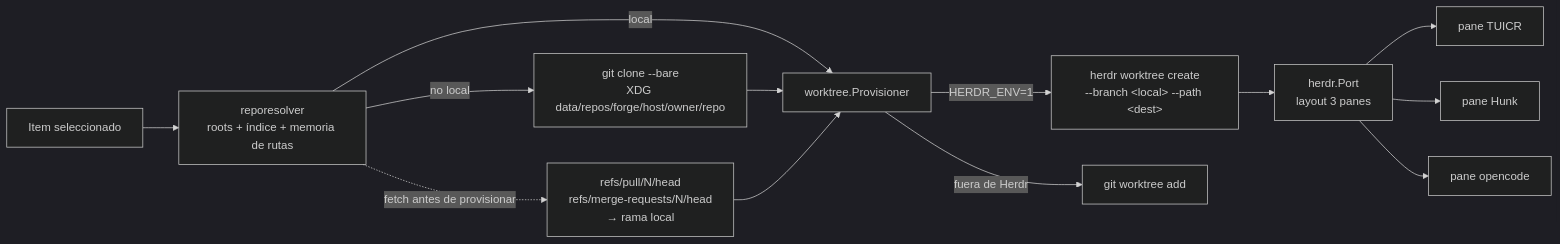
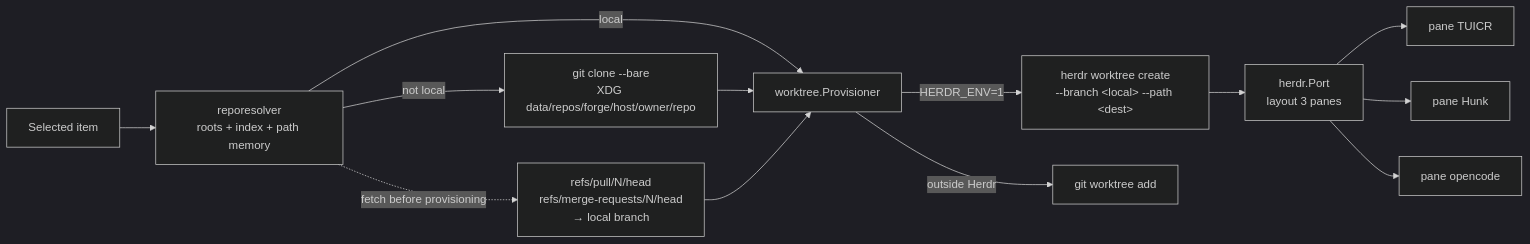
One commit to Sovengar/prdash changed the second of 2 diagrams in docs/planning/archive/0001-mvp/diagrams/data-flow.md. Above: the diagram before and after it, drawn with Mermaid (dark theme). The commit also changed other lines of this file and 331 other files, not shown here.

````diff
--- a/docs/planning/archive/0001-mvp/diagrams/data-flow.md
+++ b/docs/planning/archive/0001-mvp/diagrams/data-flow.md
@@ -43,16 +44,16 @@
 ```mermaid
 flowchart LR
-    IT["Item seleccionado"] --> RR["reporesolver<br/>roots + índice + memoria de rutas"]
-    RR -->|no local| BARE["git clone --bare<br/>XDG data/repos/forge/host/owner/repo"]
+    IT["Selected item"] --> RR["reporesolver<br/>roots + index + path memory"]
+    RR -->|not local| BARE["git clone --bare<br/>XDG data/repos/forge/host/owner/repo"]
     RR -->|local| WT
     BARE --> WT["worktree.Provisioner"]
     WT -->|"HERDR_ENV=1"| HN["herdr worktree create<br/>--branch &lt;local&gt; --path &lt;dest&gt;"]
-    WT -->|fuera de Herdr| GW["git worktree add"]
+    WT -->|outside Herdr| GW["git worktree add"]
     HN --> LAY["herdr.Port<br/>layout 3 panes"]
     LAY --> P1["pane TUICR"]
     LAY --> P2["pane Hunk"]
     LAY --> P3["pane opencode"]
 
-    RR -.->|fetch antes de provisionar| REF["refs/pull/N/head<br/>refs/merge-requests/N/head<br/>→ rama local"]
+    RR -.->|fetch before provisioning| REF["refs/pull/N/head<br/>refs/merge-requests/N/head<br/>→ local branch"]
     REF --> WT
 ```
````
